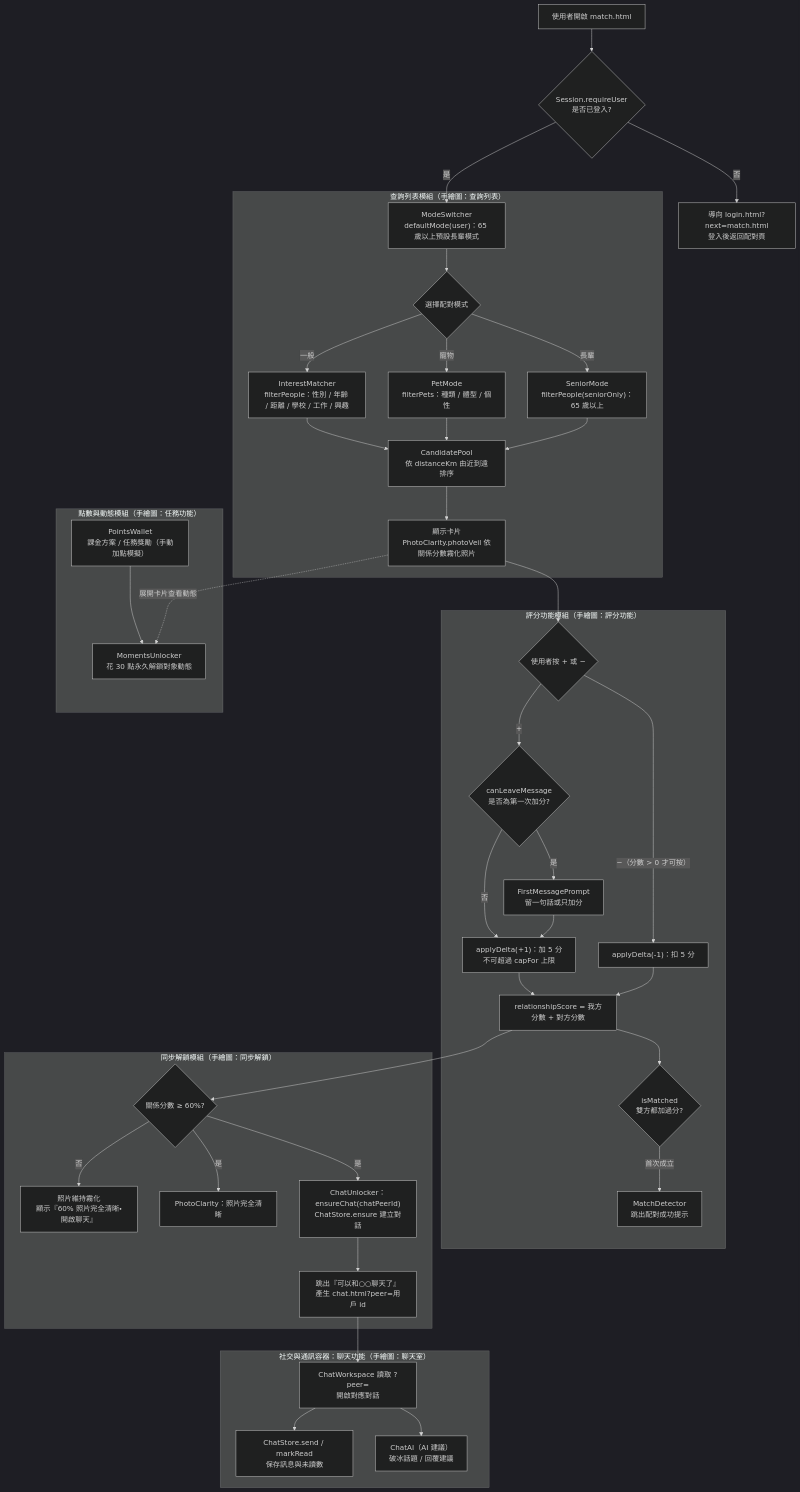
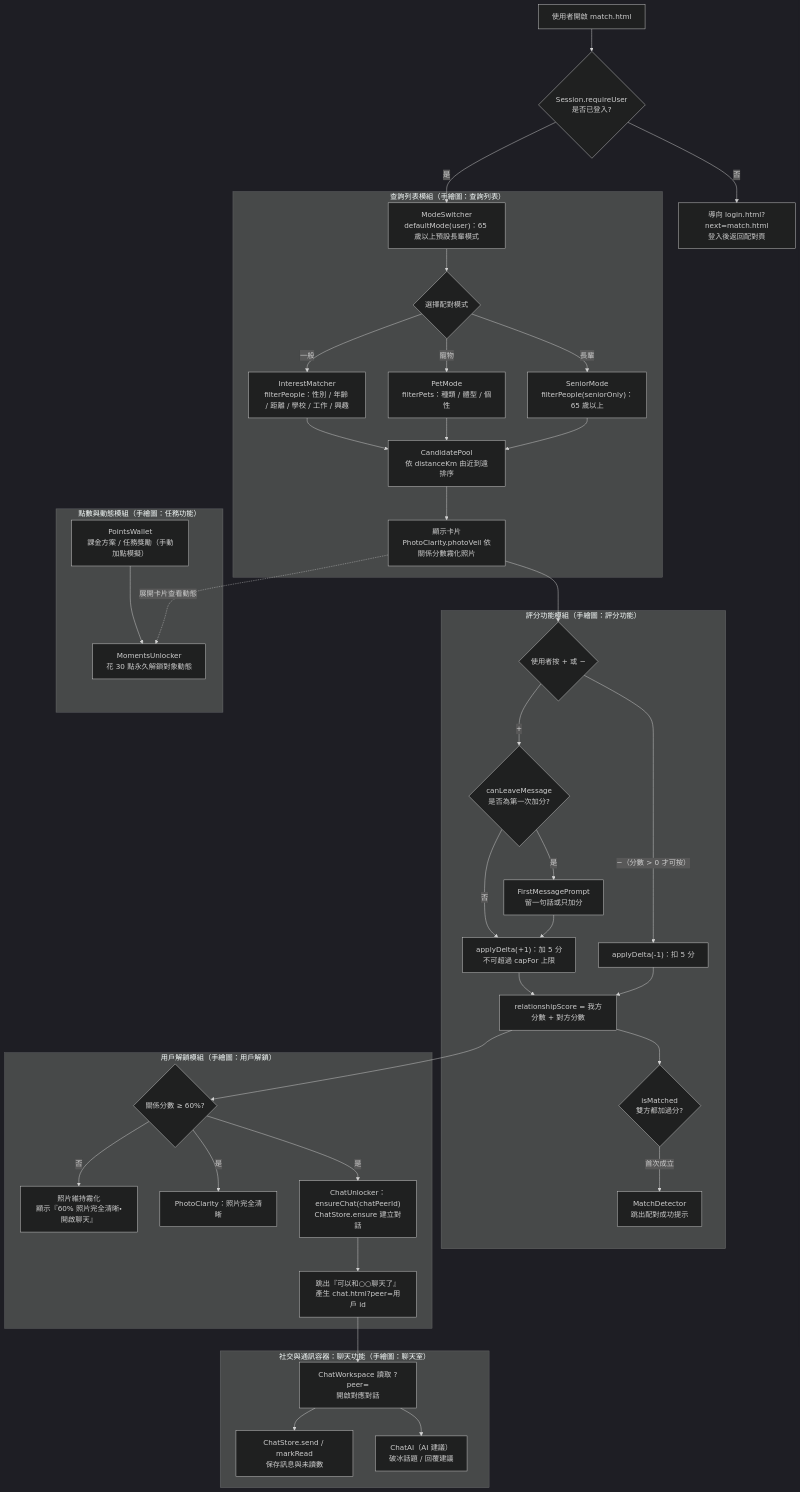
Before and after one commit to 11575710Jordan/Nknu-dating-app-spi: the second of 2 diagrams in C4model/配對功能-Level3.md, drawn with Mermaid (dark theme). The commit also changed other lines of this file, not shown here.

First line of the commit message:
補上配對功能的 C4 元件圖並統一功能名稱

````diff
--- a/C4model/配對功能-Level3.md
+++ b/C4model/配對功能-Level3.md
@@ -60,49 +114,49 @@
 ```mermaid
 flowchart TD
   U[使用者開啟 match.html] --> S{"Session.requireUser<br/>是否已登入?"}
   S -- "否" --> S1["導向 login.html?next=match.html<br/>登入後返回配對頁"]
   S -- "是" --> M["ModeSwitcher<br/>defaultMode(user)：65 歲以上預設長輩模式"]
 
   subgraph QUERY["查詢列表模組（手繪圖：查詢列表）"]
     M --> M1{"選擇配對模式"}
     M1 -- "一般" --> I["InterestMatcher<br/>filterPeople：性別 / 年齡 / 距離 / 學校 / 工作 / 興趣"]
     M1 -- "寵物" --> P["PetMode<br/>filterPets：種類 / 體型 / 個性"]
     M1 -- "長輩" --> E["SeniorMode<br/>filterPeople(seniorOnly)：65 歲以上"]
     I --> C["CandidatePool<br/>依 distanceKm 由近到遠排序"]
     P --> C
     E --> C
     C --> V["顯示卡片<br/>PhotoClarity.photoVeil 依關係分數霧化照片"]
   end
 
   subgraph RATING["評分功能模組（手繪圖：評分功能）"]
     V --> R{"使用者按 + 或 −"}
     R -- "−（分數 > 0 才可按）" --> D["applyDelta(-1)：扣 5 分"]
     R -- "+" --> F{"canLeaveMessage<br/>是否為第一次加分?"}
     F -- "是" --> F1["FirstMessagePrompt<br/>留一句話或只加分"]
     F -- "否" --> A["applyDelta(+1)：加 5 分<br/>不可超過 capFor 上限"]
     F1 --> A
     A --> T["relationshipScore = 我方分數 + 對方分數"]
     D --> T
     T --> MT{"isMatched<br/>雙方都加過分?"}
     MT -- "首次成立" --> MT1["MatchDetector<br/>跳出配對成功提示"]
   end
 
-  subgraph UNLOCK["同步解鎖模組（手繪圖：同步解鎖）"]
+  subgraph UNLOCK["用戶解鎖模組（手繪圖：用戶解鎖）"]
     T --> G{"關係分數 ≥ 60%?"}
     G -- "否" --> G1["照片維持霧化<br/>顯示『60% 照片完全清晰・開啟聊天』"]
     G -- "是" --> G2["PhotoClarity：照片完全清晰"]
     G -- "是" --> G3["ChatUnlocker：ensureChat(chatPeerId)<br/>ChatStore.ensure 建立對話"]
     G3 --> G4["跳出『可以和○○聊天了』<br/>產生 chat.html?peer=用戶 id"]
   end
 
   subgraph CHAT["社交與通訊容器：聊天功能（手繪圖：聊天室）"]
     G4 --> H["ChatWorkspace 讀取 ?peer=<br/>開啟對應對話"]
     H --> H1["ChatStore.send / markRead<br/>保存訊息與未讀數"]
     H --> H2["ChatAI（AI 建議）<br/>破冰話題 / 回覆建議"]
   end
 
   subgraph POINTS["點數與動態模組（手繪圖：任務功能）"]
     W["PointsWallet<br/>課金方案 / 任務獎勵（手動加點模擬）"] --> W1["MomentsUnlocker<br/>花 30 點永久解鎖對象動態"]
   end
   V -. "展開卡片查看動態" .-> W1
 ```
````
